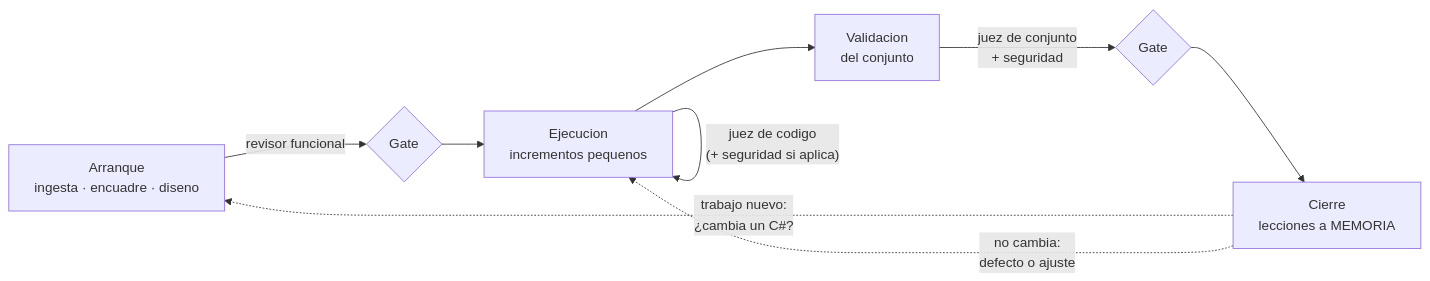
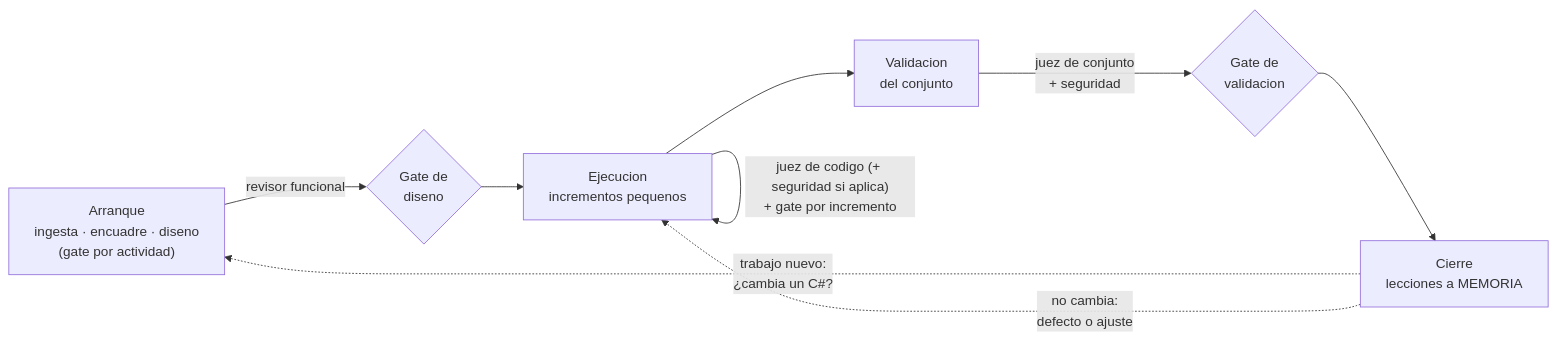
The second of 2 diagrams in README.md (jdavidortega/agentes-software), drawn with Mermaid before and after one commit. The commit also changed other lines of this file and 26 other files, not shown here.

````diff
--- a/README.md
+++ b/README.md
@@ -117,11 +120,11 @@
 ```mermaid
 flowchart LR
-    A["Arranque<br/>ingesta · encuadre · diseno"] -->|revisor funcional| G1{Gate}
+    A["Arranque<br/>ingesta · encuadre · diseno<br/>(gate por actividad)"] -->|revisor funcional| G1{"Gate de<br/>diseno"}
     G1 --> B["Ejecucion<br/>incrementos pequenos"]
-    B -->|"juez de codigo<br/>(+ seguridad si aplica)"| B
+    B -->|"juez de codigo (+ seguridad si aplica)<br/>+ gate por incremento"| B
     B --> C["Validacion<br/>del conjunto"]
-    C -->|"juez de conjunto<br/>+ seguridad"| G2{Gate}
+    C -->|"juez de conjunto<br/>+ seguridad"| G2{"Gate de<br/>validacion"}
     G2 --> D["Cierre<br/>lecciones a MEMORIA"]
     D -.->|"trabajo nuevo:<br/>¿cambia un C#?"| A
     D -.->|"no cambia:<br/>defecto o ajuste"| B
 ```
````
